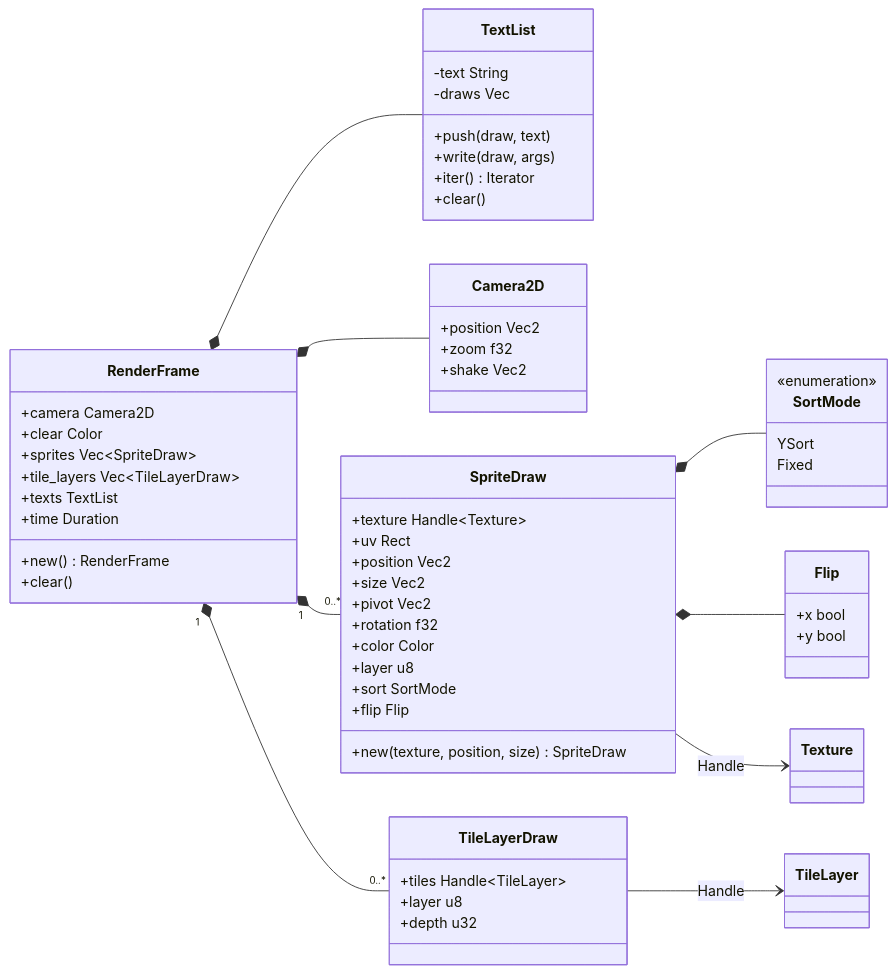
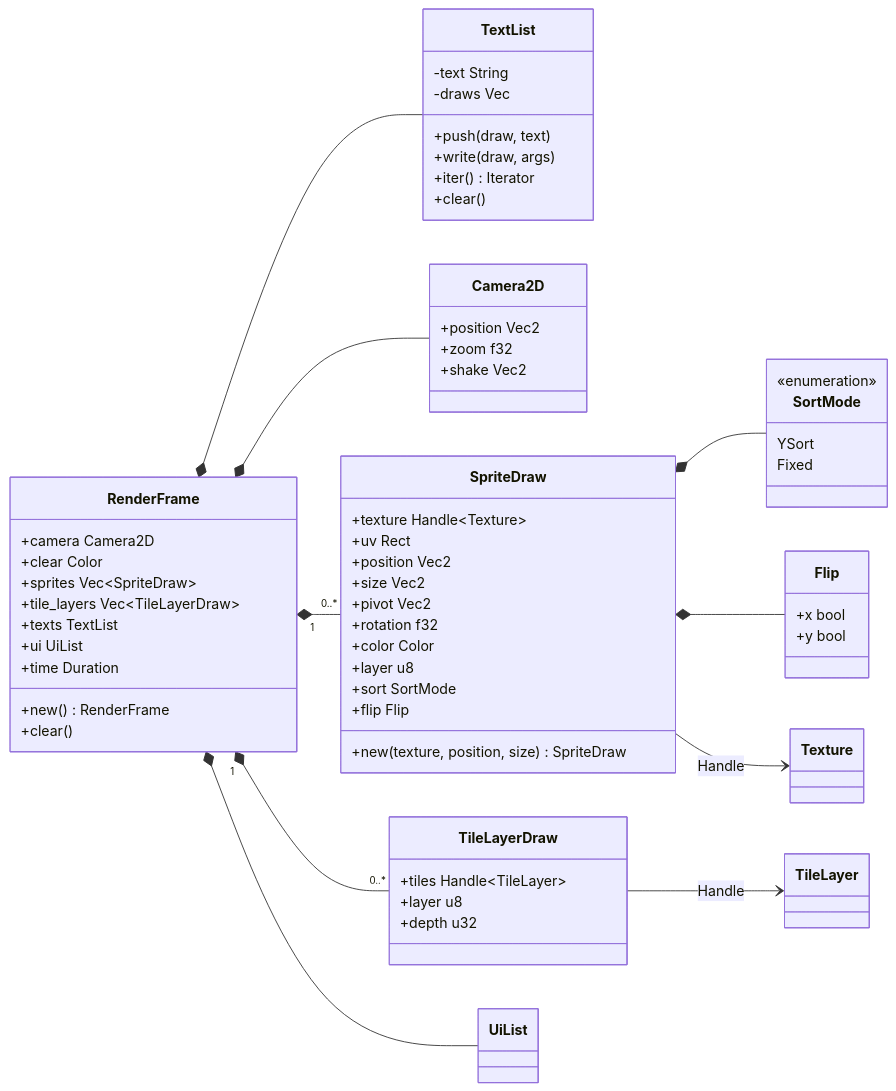
Before and after one commit to jabbott-iii/Nadir: diagram 15 of 32 in diagrams/class-diagram.md, drawn with Mermaid. The commit also changed other lines of this file and 24 other files, not shown here.

````diff
--- a/diagrams/class-diagram.md
+++ b/diagrams/class-diagram.md
@@ -1176,64 +1183,67 @@
 ```mermaid
 classDiagram
     direction LR
     class RenderFrame {
         +camera Camera2D
         +clear Color
         +sprites Vec~SpriteDraw~
         +tile_layers Vec~TileLayerDraw~
         +texts TextList
+        +ui UiList
         +time Duration
         +new() RenderFrame
         +clear()
     }
     class TextList {
         -text String
         -draws Vec
         +push(draw, text)
         +write(draw, args)
         +iter() Iterator
         +clear()
     }
     class Camera2D {
         +position Vec2
         +zoom f32
         +shake Vec2
     }
     class SpriteDraw {
         +texture Handle~Texture~
         +uv Rect
         +position Vec2
         +size Vec2
         +pivot Vec2
         +rotation f32
         +color Color
         +layer u8
         +sort SortMode
         +flip Flip
         +new(texture, position, size) SpriteDraw
     }
     class SortMode {
         <<enumeration>>
         YSort
         Fixed
     }
     class Flip {
         +x bool
         +y bool
     }
     class TileLayerDraw {
         +tiles Handle~TileLayer~
         +layer u8
         +depth u32
     }
     class Texture
     class TileLayer
+    class UiList
     RenderFrame *-- Camera2D
     RenderFrame "1" *-- "0..*" SpriteDraw
     RenderFrame "1" *-- "0..*" TileLayerDraw
     RenderFrame *-- TextList
+    RenderFrame *-- UiList
     SpriteDraw *-- SortMode
     SpriteDraw *-- Flip
     SpriteDraw --> Texture : Handle
     TileLayerDraw --> TileLayer : Handle
 ```
````
